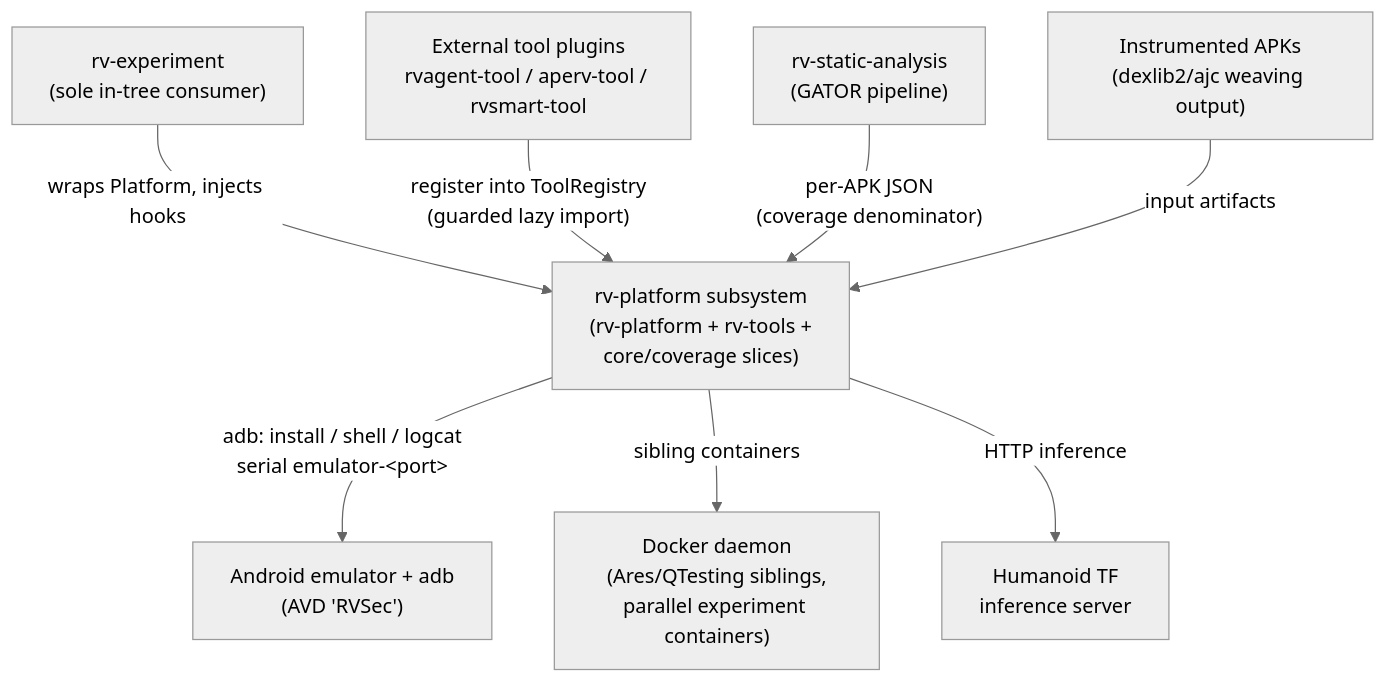
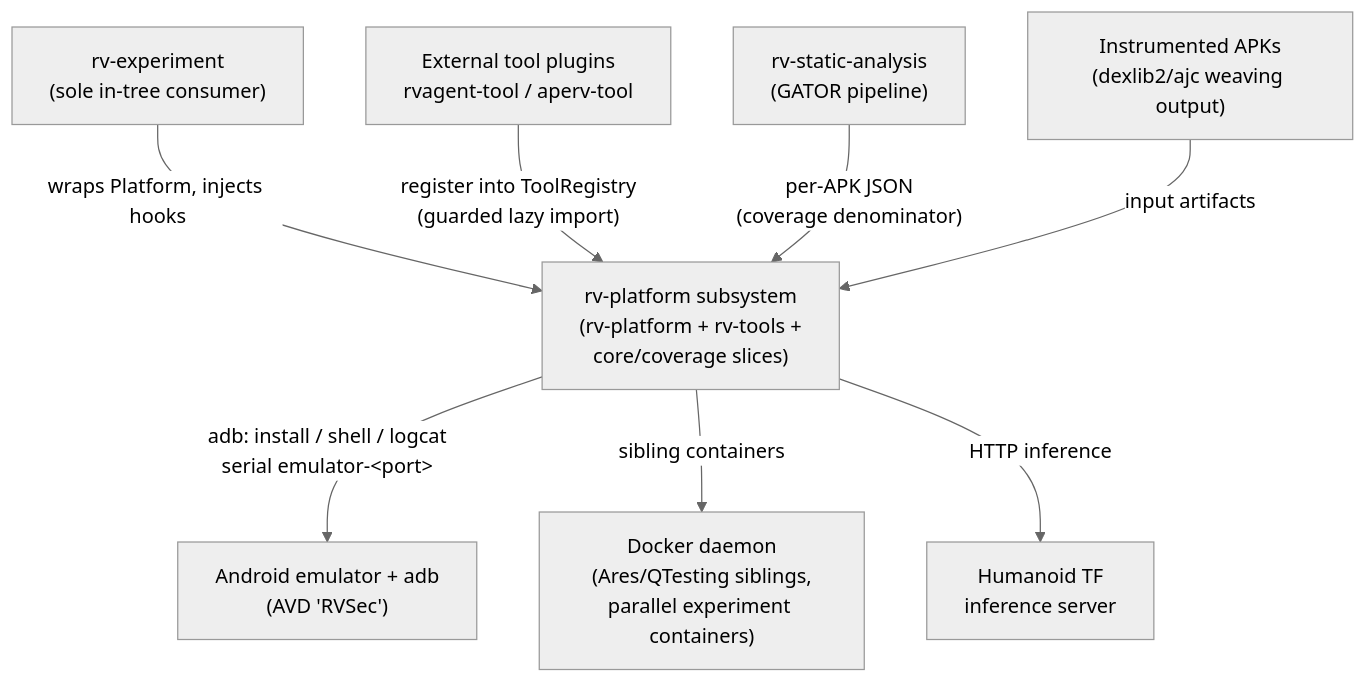
One commit to PAMunb/rvsec changed the first of 4 diagrams in rv-android/docs/architecture/rv-platform.md. Above: the diagram before and after it, drawn with Mermaid. The commit also changed other lines of this file and 7 other files, not shown here.

````diff
--- a/rv-android/docs/architecture/rv-platform.md
+++ b/rv-android/docs/architecture/rv-platform.md
@@ -141,20 +150,20 @@
 ```mermaid
 %%{init: {'theme': 'neutral'}}%%
 flowchart TB
     rvexp["rv-experiment<br/>(sole in-tree consumer)"]
-    plugins["External tool plugins<br/>rvagent-tool / aperv-tool / rvsmart-tool"]
+    plugins["External tool plugins<br/>rvagent-tool / aperv-tool"]
     sa["rv-static-analysis<br/>(GATOR pipeline)"]
     apks["Instrumented APKs<br/>(dexlib2/ajc weaving output)"]
     platform["rv-platform subsystem<br/>(rv-platform + rv-tools +<br/>core/coverage slices)"]
     emu["Android emulator + adb<br/>(AVD 'RVSec')"]
     docker["Docker daemon<br/>(Ares/QTesting siblings,<br/>parallel experiment containers)"]
     humanoid["Humanoid TF<br/>inference server"]
 
     rvexp -->|"wraps Platform, injects hooks"| platform
     plugins -->|"register into ToolRegistry<br/>(guarded lazy import)"| platform
     sa -->|"per-APK JSON<br/>(coverage denominator)"| platform
     apks -->|"input artifacts"| platform
     platform -->|"adb: install / shell / logcat<br/>serial emulator-&lt;port&gt;"| emu
     platform -->|"sibling containers"| docker
     platform -->|"HTTP inference"| humanoid
 ```
````
